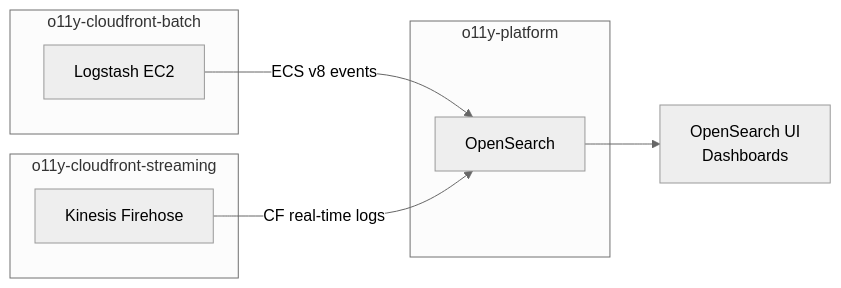
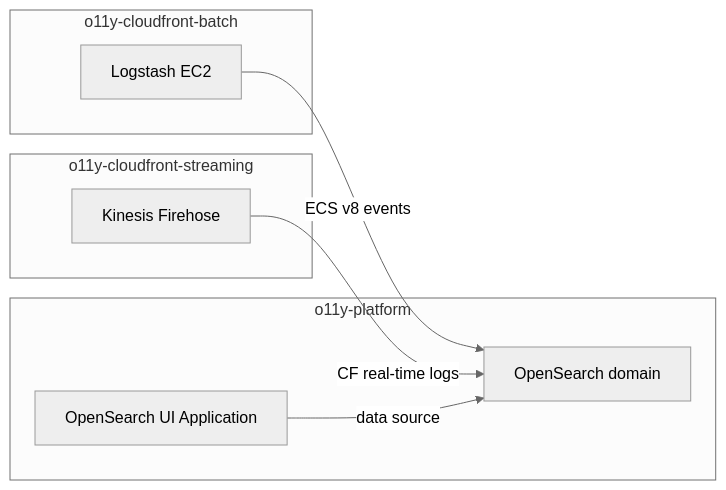
One commit to NASA-PDS/o11y-platform changed the diagram in README.md. Above: the diagram before and after it, drawn with Mermaid (neutral theme). The commit also changed other lines of this file and 2 other files, not shown here.

````diff
--- a/README.md
+++ b/README.md
@@ -7,20 +7,19 @@
 ```mermaid
 flowchart LR
     subgraph batch["o11y-cloudfront-batch"]
         LS["Logstash EC2"]
     end
 
     subgraph obs["o11y-platform"]
-        OS["OpenSearch"]
+        OS["OpenSearch domain"]
+        UI["OpenSearch UI Application"]
     end
 
     subgraph streaming["o11y-cloudfront-streaming"]
         FH["Kinesis Firehose"]
     end
 
-    DASH["OpenSearch UI\nDashboards"]
-
     LS -->|"ECS v8 events"| OS
     FH -->|"CF real-time logs"| OS
-    OS --> DASH
+    UI -->|"data source"| OS
 ```
````
